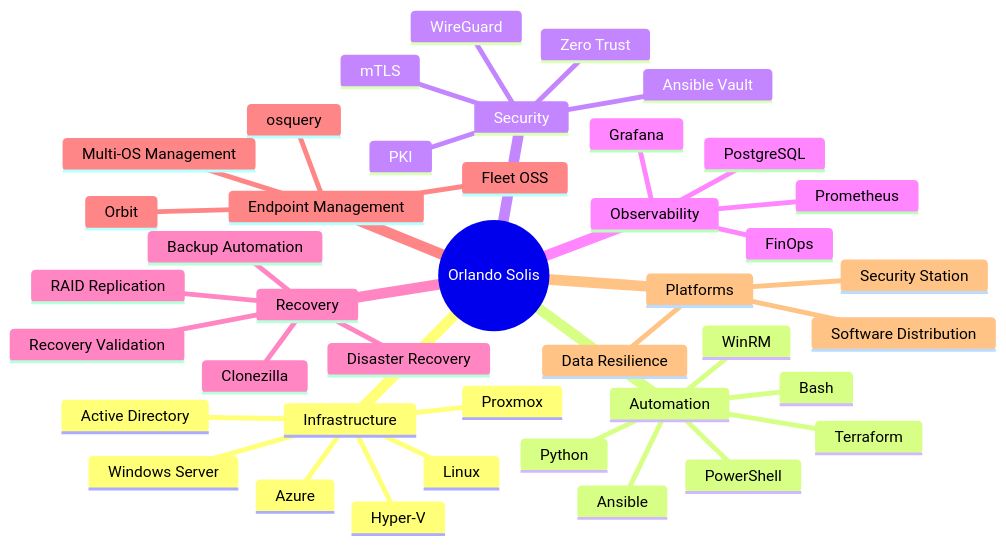
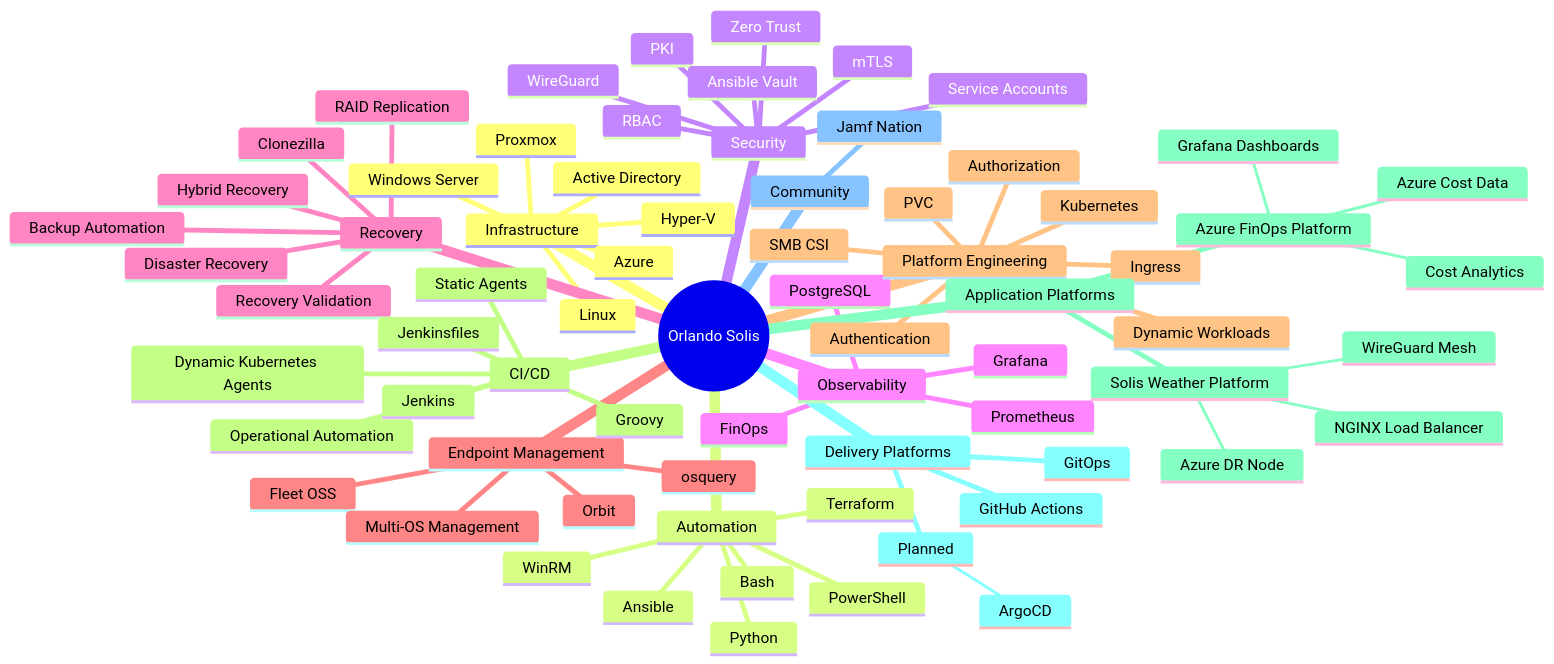
Before and after one commit to luisorlandosolis/luisorlandosolis: the first of 2 diagrams in README.md, drawn with Mermaid.

Commit message:
Enhance README with new mindmap entries
Added new categories and items to the mindmap for Platform Engineering, CI/CD, Application Platforms, and Delivery Platforms.

````diff
--- a/README.md
+++ b/README.md
@@ -15,51 +15,74 @@
 ```mermaid
 mindmap
   root((Orlando Solis))
-
     Infrastructure
       Azure
       Active Directory
       Hyper-V
       Proxmox
       Windows Server
       Linux
-
     Automation
       Ansible
       Terraform
       PowerShell
       Python
       Bash
       WinRM
-
     Security
       WireGuard
       PKI
       mTLS
       Zero Trust
       Ansible Vault
-
+      RBAC
+      Service Accounts
     Observability
       Grafana
       Prometheus
       PostgreSQL
       FinOps
-
     Recovery
       Clonezilla
       Backup Automation
       RAID Replication
       Disaster Recovery
       Recovery Validation
-
+      Hybrid Recovery
     Endpoint Management
       Fleet OSS
       Orbit
       osquery
       Multi-OS Management
-
-    Platforms
-      Software Distribution
-      Data Resilience
-      Security Station
+    Platform Engineering
+      Kubernetes
+      Ingress
+      SMB CSI
+      PVC
+      Dynamic Workloads
+      Authentication
+      Authorization
+    CI/CD
+      Jenkins
+      Static Agents
+      Dynamic Kubernetes Agents
+      Groovy
+      Jenkinsfiles
+      Operational Automation
+    Application Platforms
+      Solis Weather Platform
+        NGINX Load Balancer
+        Azure DR Node
+        WireGuard Mesh
+      Azure FinOps Platform
+        Azure Cost Data
+        Grafana Dashboards
+        Cost Analytics
+    Delivery Platforms
+      GitHub Actions
+      GitOps
+      Planned
+        ArgoCD
+    Community
+      Jamf Nation
 ```
````
